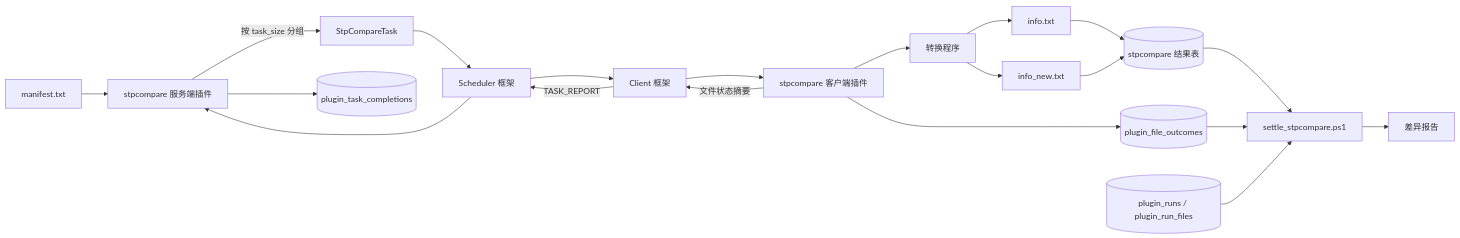
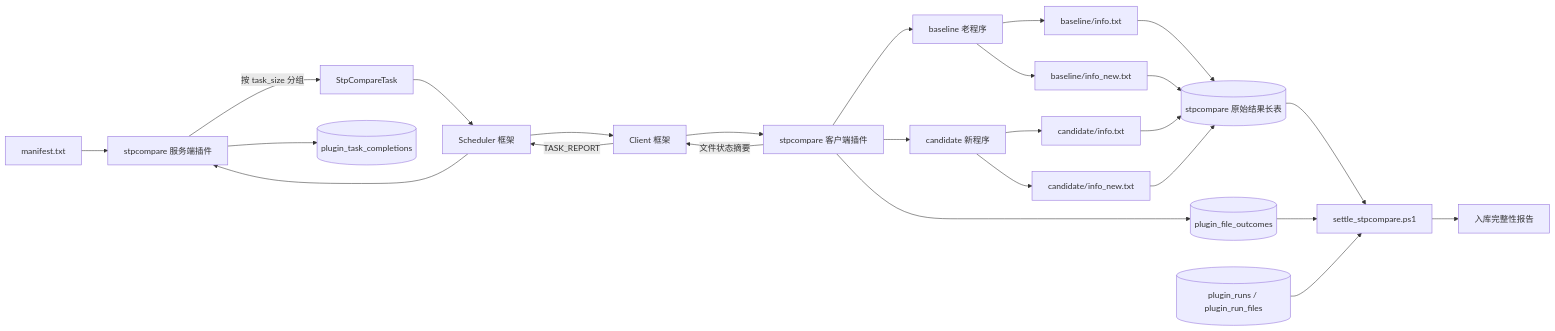
The fifth of 8 diagrams in docs/设计说明.md (cuiyuexin428/TestTracking), drawn with Mermaid before and after one commit. The commit also changed other lines of this file and 118 other files, not shown here.

````diff
--- a/docs/设计说明.md
+++ b/docs/设计说明.md
@@ -174,23 +189,28 @@
 ```mermaid
 flowchart LR
     M[manifest.txt] --> SS[stpcompare 服务端插件]
     SS -->|按 task_size 分组| T[StpCompareTask]
     T --> SF[Scheduler 框架]
     SF --> CF[Client 框架]
     CF --> SC[stpcompare 客户端插件]
-    SC --> EXE[转换程序]
-    EXE --> A[info.txt]
-    EXE --> B[info_new.txt]
-    A --> RT[(stpcompare 结果表)]
-    B --> RT
+    SC --> OLD[baseline 老程序]
+    SC --> NEW[candidate 新程序]
+    OLD --> OA[baseline/info.txt]
+    OLD --> OB[baseline/info_new.txt]
+    NEW --> NA[candidate/info.txt]
+    NEW --> NB[candidate/info_new.txt]
+    OA --> RT[(stpcompare 原始结果长表)]
+    OB --> RT
+    NA --> RT
+    NB --> RT
     SC --> O[(plugin_file_outcomes)]
     SC -->|文件状态摘要| CF
     CF -->|TASK_REPORT| SF
     SF --> SS
     SS --> J[(plugin_task_completions)]
 
     RT --> Report[settle_stpcompare.ps1]
     O --> Report
     L[(plugin_runs / plugin_run_files)] --> Report
-    Report --> TXT[差异报告]
+    Report --> TXT[入库完整性报告]
 ```
````
